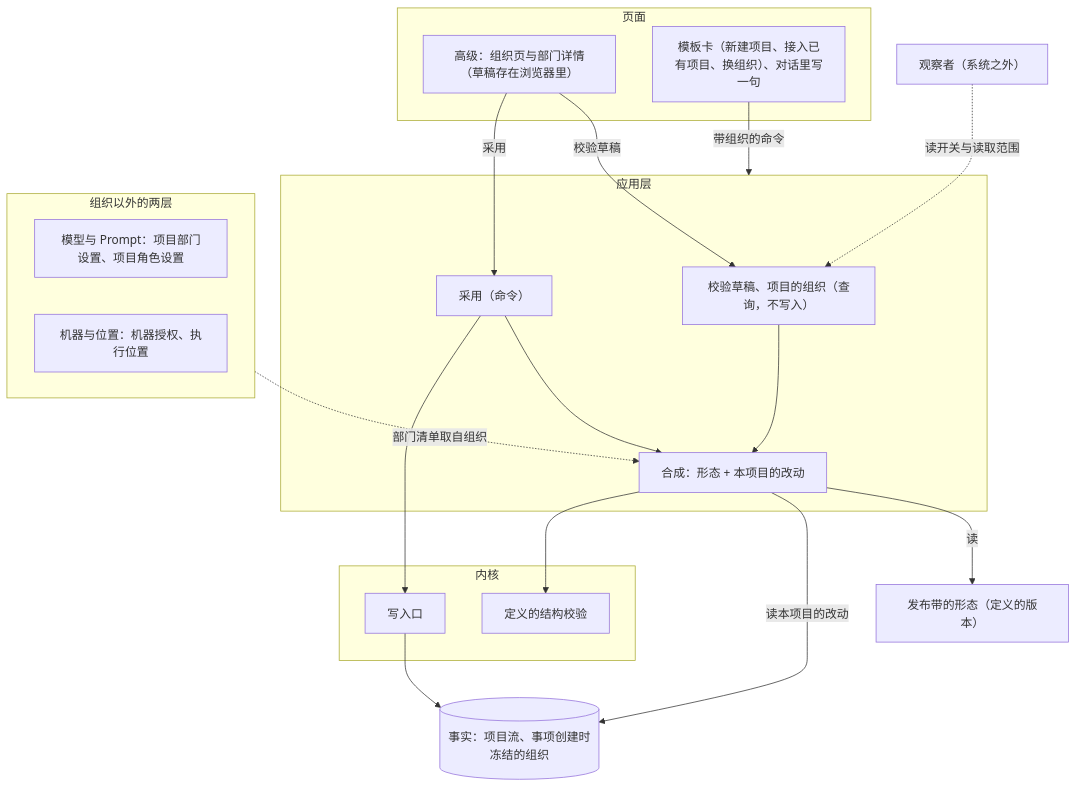
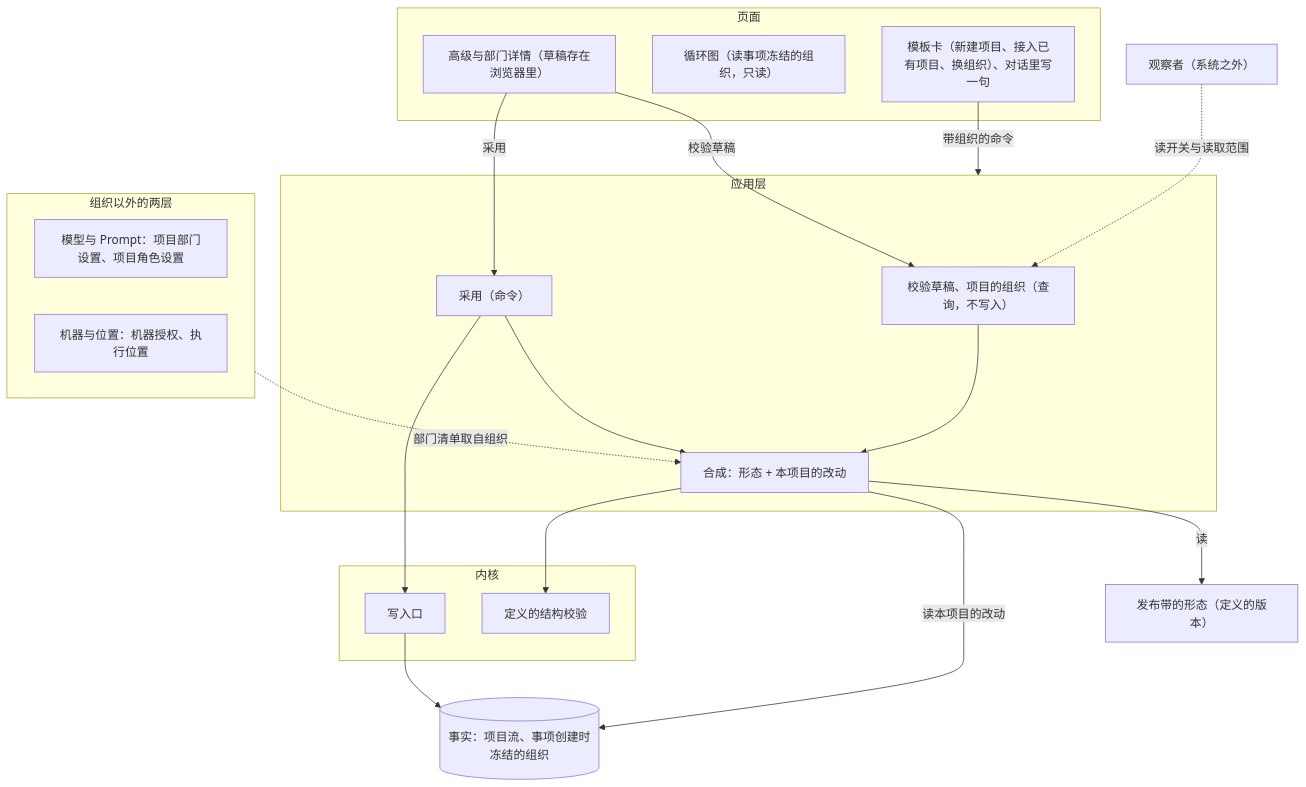
The first of 3 diagrams in docs/design/project-organization.md (bender2333/yudao), drawn with Mermaid before and after one commit. The commit also changed other lines of this file and 13 other files, not shown here.

Commit message:
组织设定：项目页是循环图加对话，外包是部门里由谁做的一个选项（命名照旧）

````diff
--- a/docs/design/project-organization.md
+++ b/docs/design/project-organization.md
@@ -64,34 +65,35 @@
 ```mermaid
 flowchart TB
   subgraph Page["页面"]
-    OrgPage["高级：组织页与部门详情（草稿存在浏览器里）"]
+    OrgPage["高级与部门详情（草稿存在浏览器里）"]
+    Graph["循环图（读事项冻结的组织，只读）"]
     Dialogs["模板卡（新建项目、接入已有项目、换组织）、对话里写一句"]
   end
   subgraph App["应用层"]
     Query["校验草稿、项目的组织（查询，不写入）"]
     Adopt["采用（命令）"]
     Compose["合成：形态 + 本项目的改动"]
   end
   subgraph Kernel["内核"]
     Check["定义的结构校验"]
     Write["写入口"]
   end
   Forms["发布带的形态（定义的版本）"]
   Facts[("事实：项目流、事项创建时冻结的组织")]
   subgraph Others["组织以外的两层"]
     ModelPrompt["模型与 Prompt：项目部门设置、项目角色设置"]
     Machine["机器与位置：机器授权、执行位置"]
   end
   Obs["观察者（系统之外）"]
   OrgPage -->|"校验草稿"| Query
   OrgPage -->|"采用"| Adopt
   Dialogs -->|"带组织的命令"| App
   Query --> Compose
   Adopt --> Compose
   Compose -->|"读"| Forms
   Compose -->|"读本项目的改动"| Facts
   Compose --> Check
   Adopt --> Write --> Facts
   Others -.->|"部门清单取自组织"| Compose
   Obs -.->|"读开关与读取范围"| Query
 ```
````
